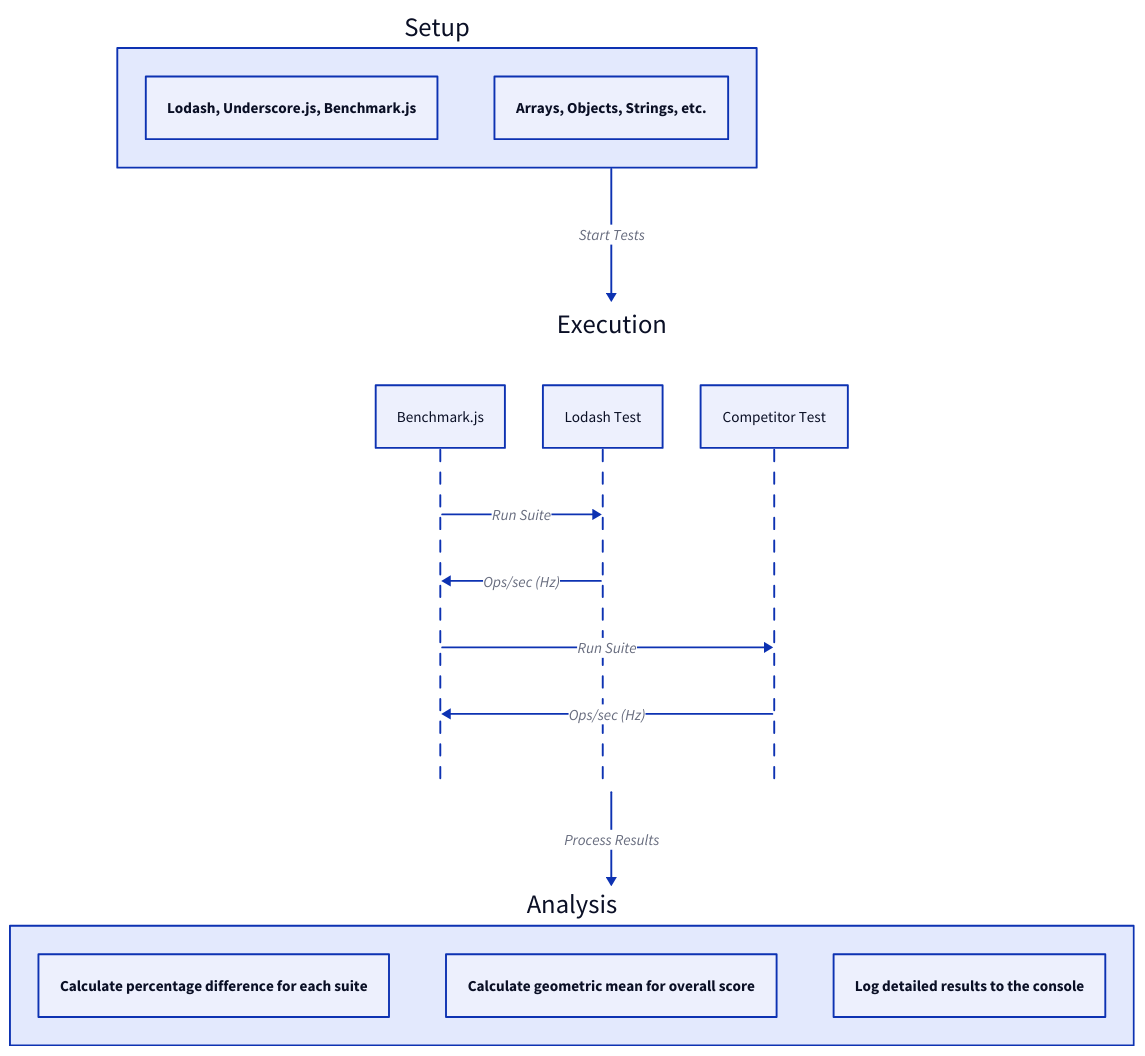
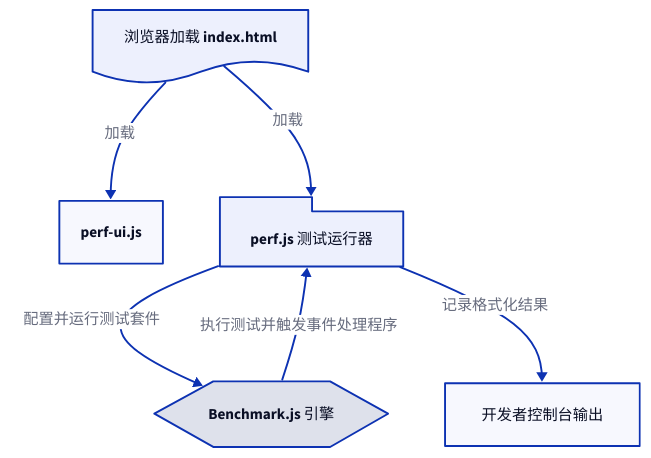
One commit to lban2049/lodash changed the diagram in .aigne/doc-smith/docs/guides-performance.zh.md. Above: the diagram before and after it, drawn with D2. The commit also changed other lines of this file and 40 other files, not shown here.

````diff
--- a/.aigne/doc-smith/docs/guides-performance.zh.md
+++ b/.aigne/doc-smith/docs/guides-performance.zh.md
@@ -11,29 +39,34 @@
 ```d2
 direction: down
 
-"Setup": {
-  "Load Libraries": "Lodash, Underscore.js, Benchmark.js"
-  "Prepare Data": "Arrays, Objects, Strings, etc."
+"index.html": {
+  label: "浏览器加载 index.html"
+  shape: document
 }
 
-"Execution": {
-  shape: sequence_diagram
-
-  "Benchmark.js": {}
-
-  "Benchmark.js" -> "Lodash Test": "Run Suite"
-  "Lodash Test" -> "Benchmark.js": "Ops/sec (Hz)"
-
-  "Benchmark.js" -> "Competitor Test": "Run Suite"
-  "Competitor Test" -> "Benchmark.js": "Ops/sec (Hz)"
+"perf-ui.js": {
+  label: "perf-ui.js"
+  shape: rectangle
 }
 
-"Analysis": {
-  "Compare Results": "Calculate percentage difference for each suite"
-  "Aggregate Score": "Calculate geometric mean for overall score"
-  "Generate Report": "Log detailed results to the console"
+"perf.js": {
+  label: "perf.js 测试运行器"
+  shape: package
 }
 
-"Setup" -> "Execution": "Start Tests"
-"Execution" -> "Analysis": "Process Results"
+"Benchmark.js": {
+  label: "Benchmark.js 引擎"
+  shape: hexagon
+}
+
+"console": {
+  label: "开发者控制台输出"
+  shape: rectangle
+}
+
+"index.html" -> "perf-ui.js": "加载"
+"index.html" -> "perf.js": "加载"
+"perf.js" -> "Benchmark.js": "配置并运行测试套件"
+"Benchmark.js" -> "perf.js": "执行测试并触发事件处理程序"
+"perf.js" -> "console": "记录格式化结果"
 ```
````
